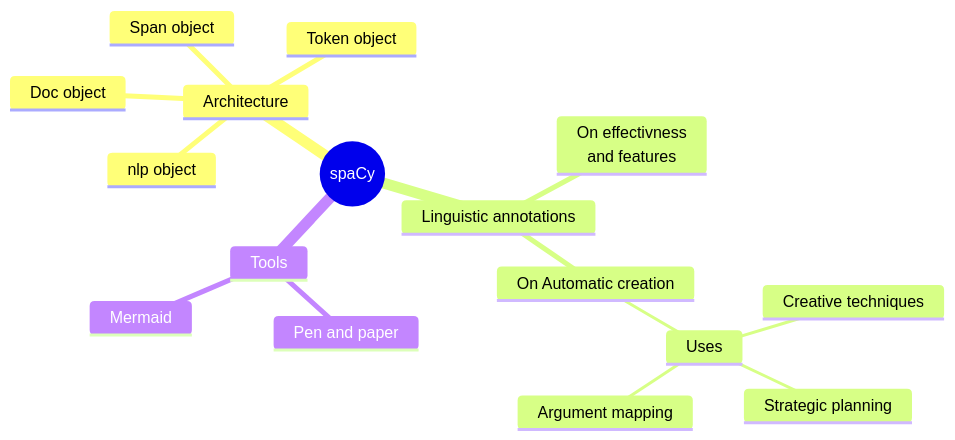
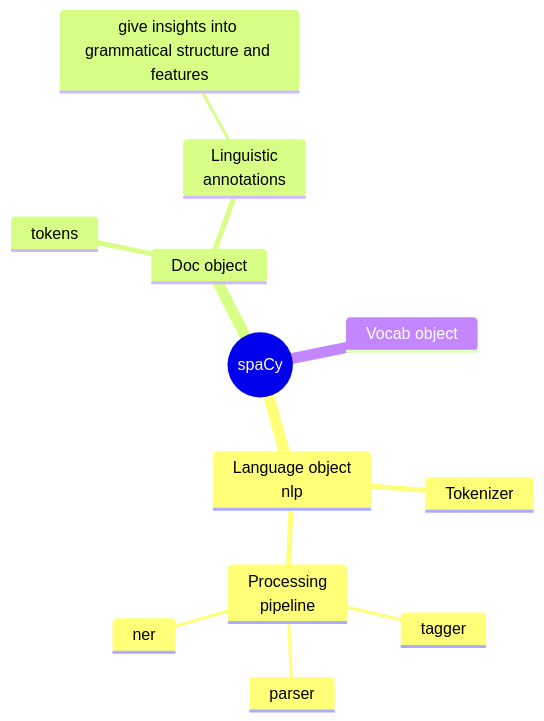
One commit to Vivianapika/Vivianapika.github.io changed the diagram in posts/spaCy/index.qmd. Above: the diagram before and after it, drawn with Mermaid. The commit also changed 1 other file, not shown here.

Commit message:
test mindmap

````diff
--- a/posts/spaCy/index.qmd
+++ b/posts/spaCy/index.qmd
@@ -18,20 +18,16 @@
 ```{mermaid}
 mindmap
   root((spaCy))
-    Architecture
-      nlp object
-      ::icon(fa fa-book)
-      Doc object
-      Token object
-      Span object
-    Linguistic annotations
-      On effectivness<br/>and features
-      On Automatic creation
-        Uses
-            Creative techniques
-            Strategic planning
-            Argument mapping
-    Tools
-      Pen and paper
-      Mermaid
+    Language object<br/>nlp
+        Tokenizer
+        Processing<br/>pipeline
+            tagger
+            parser
+            ner
+    Doc object
+        tokens
+        Linguistic<br/>annotations
+          give insights into grammatical structure and features
+          ::icon(fa fa-file)
+    Vocab object
 ```
````
